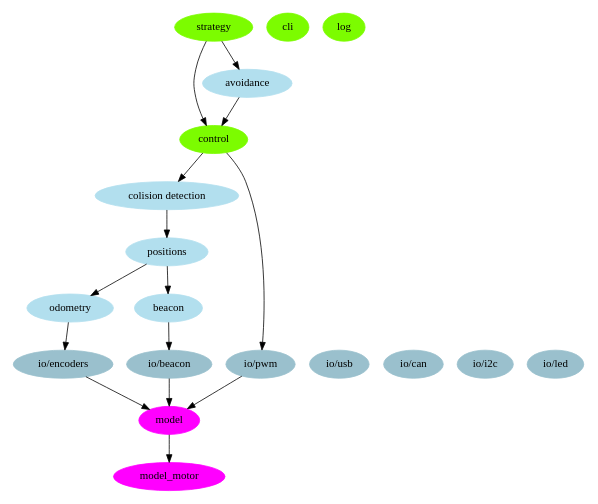
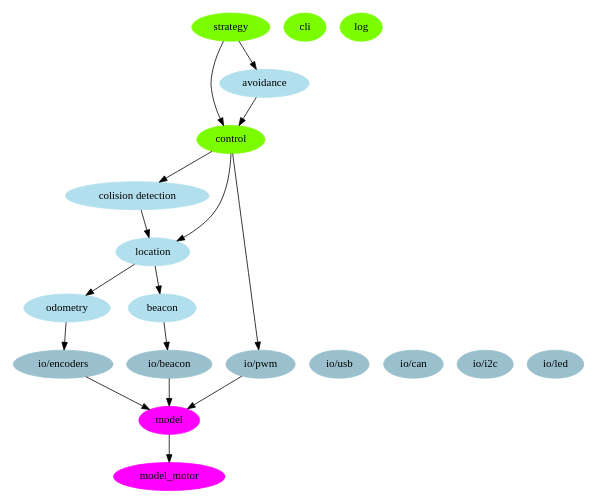
One commit to jbtredez/Atlantronic changed the diagram in doc/graph/architecture.dot. Above: the diagram before and after it, drawn with Graphviz. The commit also changed 1 other file, not shown here.

Commit message:
doc (graphique)
	modified:   doc/graph/architecture.dot
	modified:   scripts/plot_pos

```diff
--- a/doc/graph/architecture.dot
+++ b/doc/graph/architecture.dot
@@ -1,53 +1,54 @@
 digraph robot
 {
 	size="6,6";
 	// modules - taches
 	node [color=lawngreen, style=filled ]
 	strategy
 	control
 	cli
 	log
 
 	// modules - fonctions
 	node [color=lightblue2, style=filled ]
 	avoidance
 	"colision detection"
-	positions
+	location
 	odometry
 	beacon
 
 	// io
 	node [color=lightblue3, style=filled ]
 	{
 		rank=same;
 		"io/pwm"
 		"io/encoders"
 		"io/beacon"
 		"io/usb"
 		"io/can"
 		"io/i2c"
 		"io/led"
 	}
 
 	// modèle - simulation
 	node [color=magenta, style=filled ]
 	model
 	model_motor
 
 	// liens
 	strategy -> avoidance
 	strategy -> control
 	avoidance -> control
 	control -> "colision detection"
-	"colision detection" -> positions
-	positions -> odometry
-	positions -> beacon
+	control -> location
+	"colision detection" -> location
+	location -> odometry
+	location -> beacon
 
 	beacon -> "io/beacon"
 	odometry -> "io/encoders"
 	control -> "io/pwm"
 	"io/pwm" -> model
 	"io/encoders" -> model
 	"io/beacon" -> model
 	model -> model_motor	
 }
```
